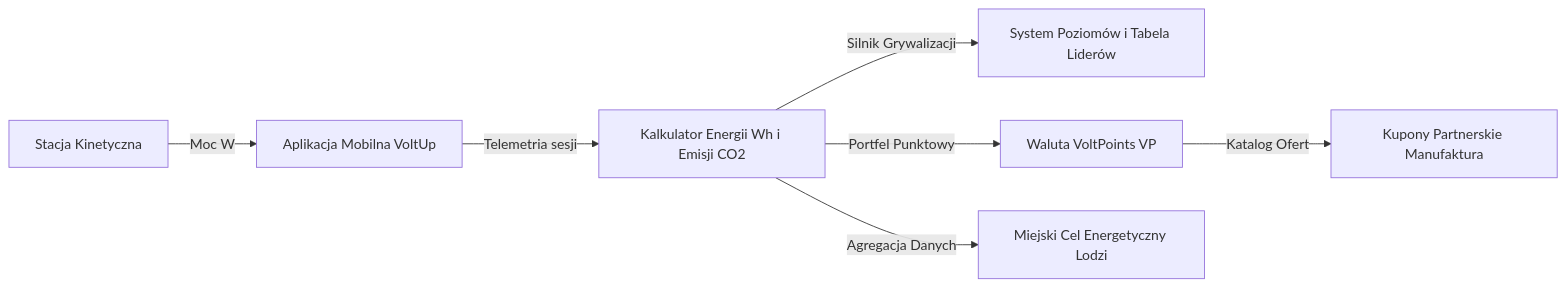
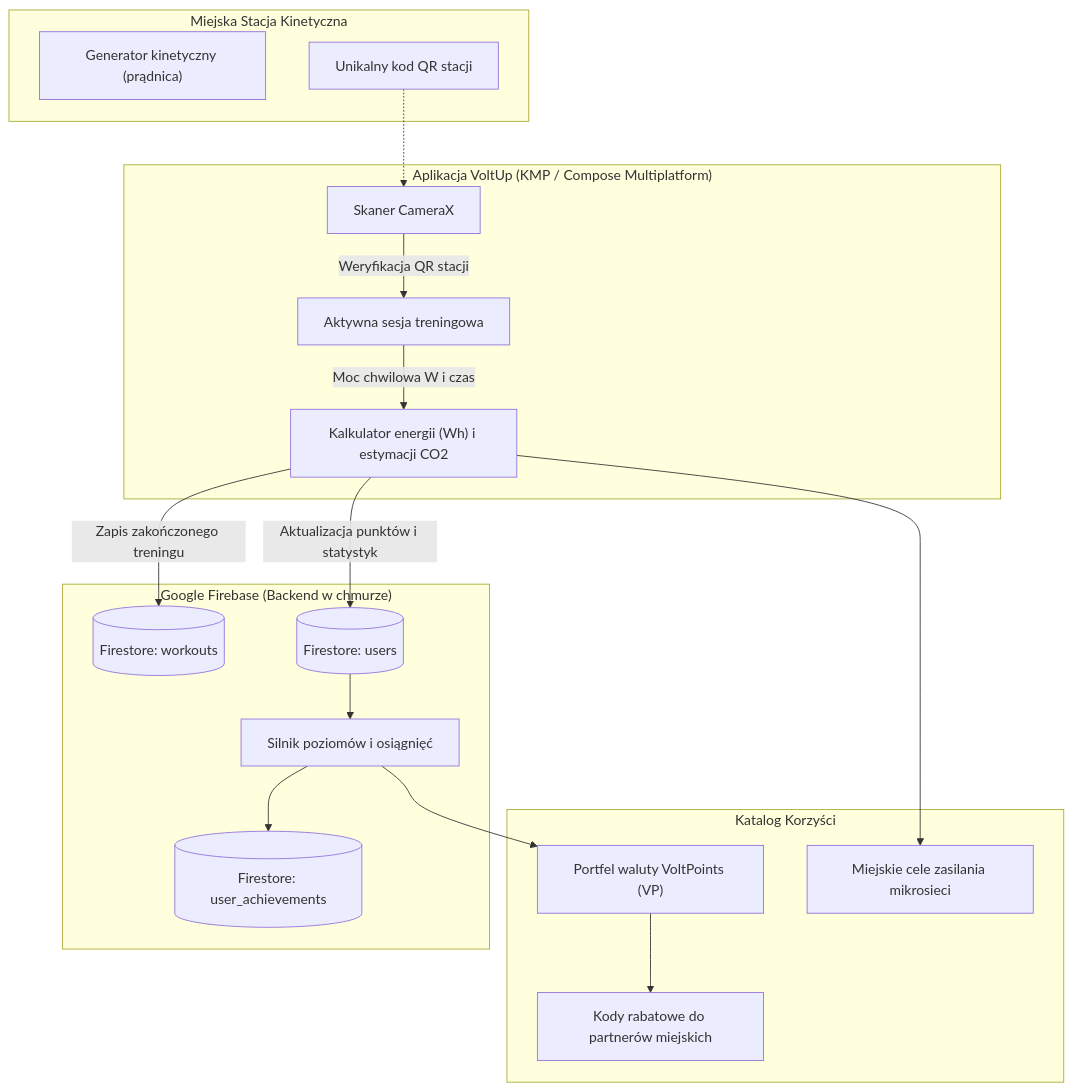
Before and after one commit to LukaszMatecki/HealthUp: the diagram in README.md, drawn with Mermaid. The commit also changed other lines of this file, not shown here.

````diff
--- a/README.md
+++ b/README.md
@@ -54,9 +54,27 @@
 ```mermaid
-flowchart LR
-    A["Stacja Kinetyczna"] -->|Moc W| B["Aplikacja Mobilna VoltUp"]
-    B -->|Telemetria sesji| C["Kalkulator Energii Wh i Emisji CO2"]
-    C -->|Silnik Grywalizacji| D["System Poziomów i Tabela Liderów"]
-    C -->|Portfel Punktowy| E["Waluta VoltPoints VP"]
-    E -->|Katalog Ofert| F["Kupony Partnerskie Manufaktura"]
-    C -->|Agregacja Danych| G["Miejski Cel Energetyczny Lodzi"]
+flowchart TD
+    subgraph Stacja ["Miejska Stacja Kinetyczna"]
+        Gen["Generator kinetyczny (prądnica)"]
+        QR["Unikalny kod QR stacji"]
+    end
+
+    subgraph Klient ["Aplikacja VoltUp (KMP / Compose Multiplatform)"]
+        Camera["Skaner CameraX"] -->|Weryfikacja QR stacji| Workout["Aktywna sesja treningowa"]
+        Workout -->|Moc chwilowa W i czas| Calc["Kalkulator energii (Wh) i estymacji CO2"]
+    end
+
+    subgraph Backend ["Google Firebase (Backend w chmurze)"]
+        Calc -->|Zapis zakończonego treningu| FS_Workouts[("Firestore: workouts")]
+        Calc -->|Aktualizacja punktów i statystyk| FS_Users[("Firestore: users")]
+        FS_Users --> Engine["Silnik poziomów i osiągnięć"]
+        Engine --> FS_Ach[("Firestore: user_achievements")]
+    end
+
+    subgraph Ekosystem ["Katalog Korzyści"]
+        Engine --> VP["Portfel waluty VoltPoints (VP)"]
+        VP --> Rewards["Kody rabatowe do partnerów miejskich"]
+        Calc --> CityGoal["Miejskie cele zasilania mikrosieci"]
+    end
+
+    QR -.-> Camera
 ```
````
